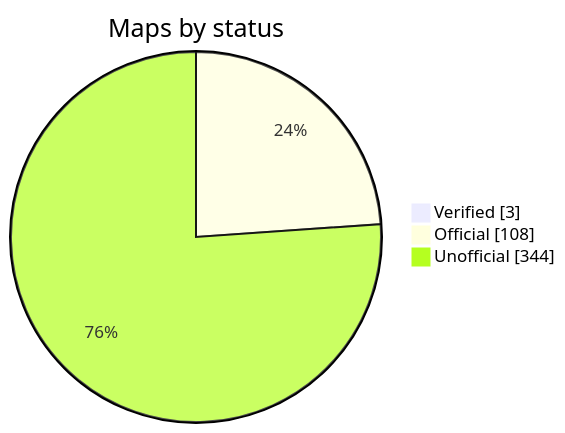
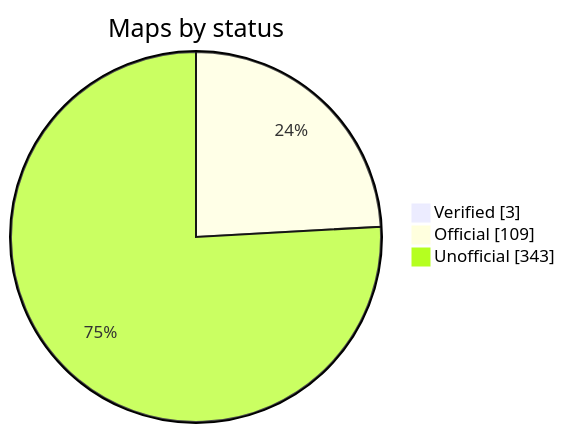
One commit to nobrega8/mbmap-library changed the diagram in README.md. Above: the diagram before and after it, drawn with Mermaid. The commit also changed 1 other file, not shown here.

Commit message:
Rebuild the index

````diff
--- a/README.md
+++ b/README.md
@@ -48,7 +48,7 @@
 ```mermaid
 pie showData
     title Maps by status
     "Verified" : 3
-    "Official" : 108
-    "Unofficial" : 344
+    "Official" : 109
+    "Unofficial" : 343
 ```
````
